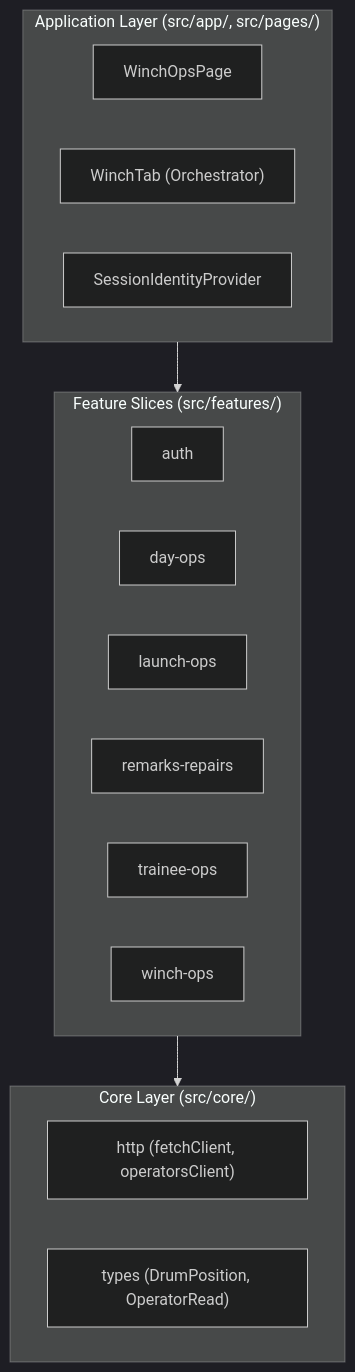
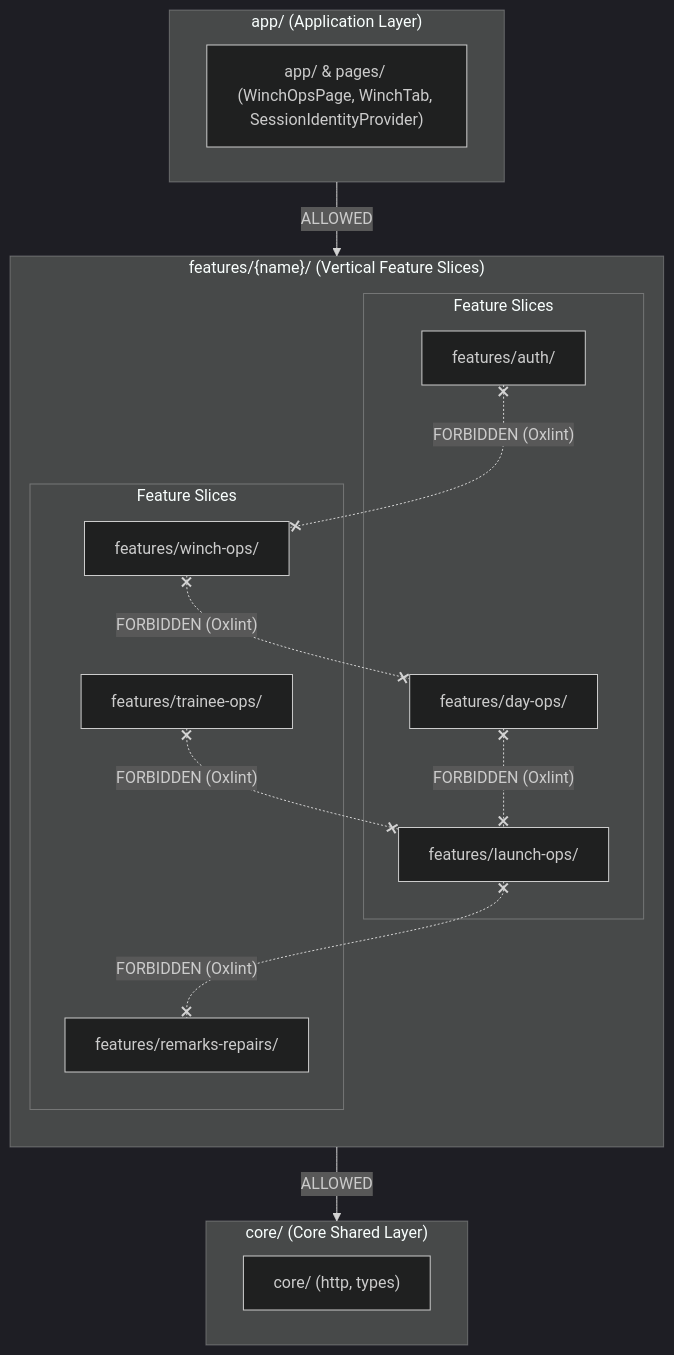
Before and after one commit to Rodojodo/vikingwinch: the first of 3 diagrams in docs/diagrams/frontend-feature-diagram.md, drawn with Mermaid (dark theme). The commit also changed other lines of this file and 3 other files, not shown here.

Commit message:
docs: finalize feature diagrams, state flow, and optimistic flow

````diff
--- a/docs/diagrams/frontend-feature-diagram.md
+++ b/docs/diagrams/frontend-feature-diagram.md
@@ -12,25 +12,33 @@
 ```mermaid
 flowchart TD
-    subgraph appLayer["Application Layer (src/app/, src/pages/)"]
-        winch_page["WinchOpsPage"]
-        winch_tab["WinchTab (Orchestrator)"]
-        session_id["SessionIdentityProvider"]
+   subgraph app["app/ (Application Layer)"]
+      app_main["app/ & pages/ (WinchOpsPage, WinchTab, SessionIdentityProvider)"]
     end
 
-    subgraph featureLayer["Feature Slices (src/features/)"]
-        auth["auth"]
-        day_ops["day-ops"]
-        launch_ops["launch-ops"]
-        remarks_repairs["remarks-repairs"]
-        trainee_ops["trainee-ops"]
-        winch_ops["winch-ops"]
+   subgraph features["features/{name}/ (Vertical Feature Slices)"]
+      direction TB
+      subgraph feat_row1["Feature Slices"]
+         feat_auth["features/auth/"]
+         feat_day["features/day-ops/"]
+         feat_launch["features/launch-ops/"]
+      end
+      subgraph feat_row2["Feature Slices"]
+         feat_remarks["features/remarks-repairs/"]
+         feat_trainee["features/trainee-ops/"]
+         feat_winch["features/winch-ops/"]
+      end
     end
 
-    subgraph coreLayer["Core Layer (src/core/)"]
-        http["http (fetchClient, operatorsClient)"]
-        types["types (DrumPosition, OperatorRead)"]
+   subgraph core["core/ (Core Shared Layer)"]
+      core_main["core/ (http, types)"]
     end
 
-    appLayer --> featureLayer
-    featureLayer --> coreLayer
+   app -->|" ALLOWED "| features
+   features -->|" ALLOWED "| core
+%% Explicitly marked forbidden sideways imports between feature slices
+   feat_day x-.-x|" FORBIDDEN (Oxlint) "| feat_launch
+   feat_launch x-.-x|" FORBIDDEN (Oxlint) "| feat_remarks
+   feat_trainee x-.-x|" FORBIDDEN (Oxlint) "| feat_launch
+   feat_winch x-.-x|" FORBIDDEN (Oxlint) "| feat_day
+   feat_auth x-.-x|" FORBIDDEN (Oxlint) "| feat_winch
 ```
````
